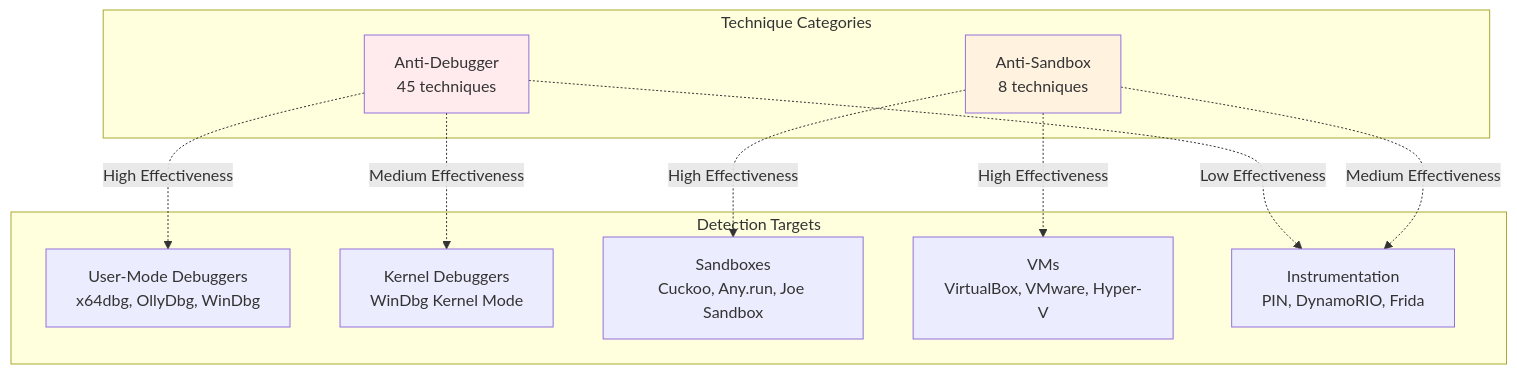
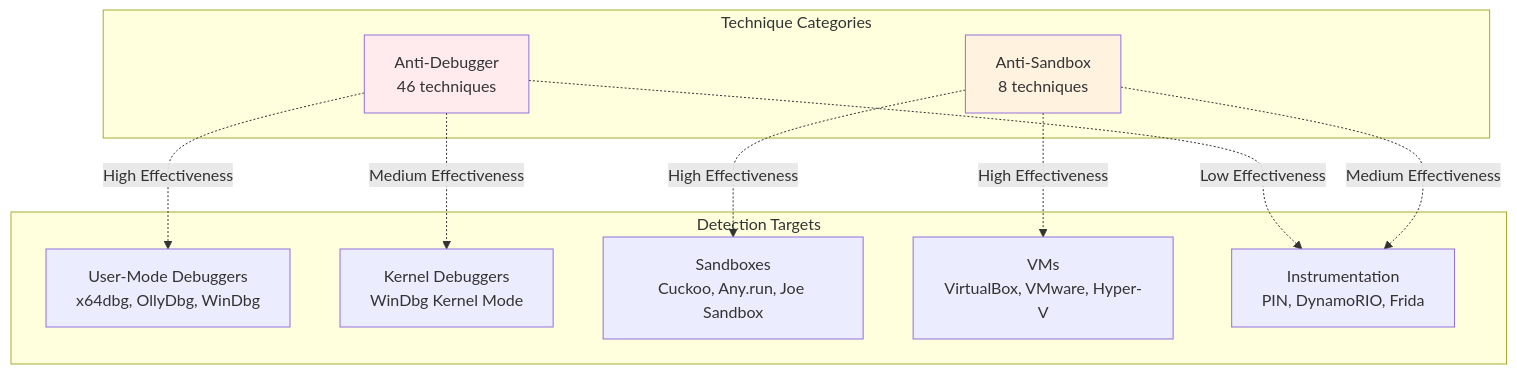
The seventh of 8 diagrams in docs/diagrams/taxonomy.md (mabj/anti), drawn with Mermaid before and after one commit. The commit also changed other lines of this file and 7 other files, not shown here.

````diff
--- a/docs/diagrams/taxonomy.md
+++ b/docs/diagrams/taxonomy.md
@@ -218,26 +219,26 @@
 ```mermaid
 graph TB
     subgraph Detection Targets
         T1[User-Mode Debuggers<br/>x64dbg, OllyDbg, WinDbg]
         T2[Kernel Debuggers<br/>WinDbg Kernel Mode]
         T3[Sandboxes<br/>Cuckoo, Any.run, Joe Sandbox]
         T4[VMs<br/>VirtualBox, VMware, Hyper-V]
         T5[Instrumentation<br/>PIN, DynamoRIO, Frida]
     end
 
     subgraph Technique Categories
-        C1[Anti-Debugger<br/>45 techniques]
+        C1[Anti-Debugger<br/>46 techniques]
         C2[Anti-Sandbox<br/>8 techniques]
     end
 
     C1 -.High Effectiveness.-> T1
     C1 -.Medium Effectiveness.-> T2
     C1 -.Low Effectiveness.-> T5
 
     C2 -.High Effectiveness.-> T3
     C2 -.High Effectiveness.-> T4
     C2 -.Medium Effectiveness.-> T5
 
     style C1 fill:#ffebee
     style C2 fill:#fff3e0
 ```
````
